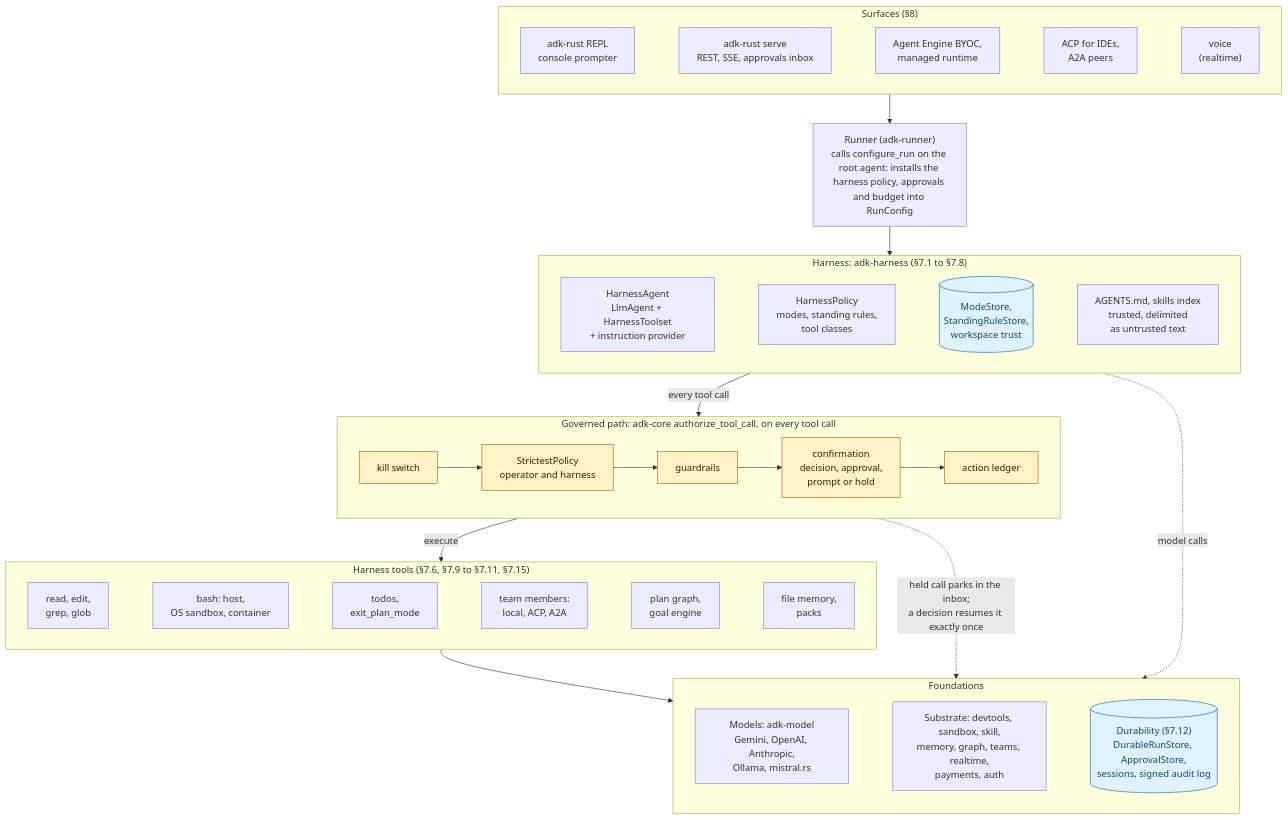
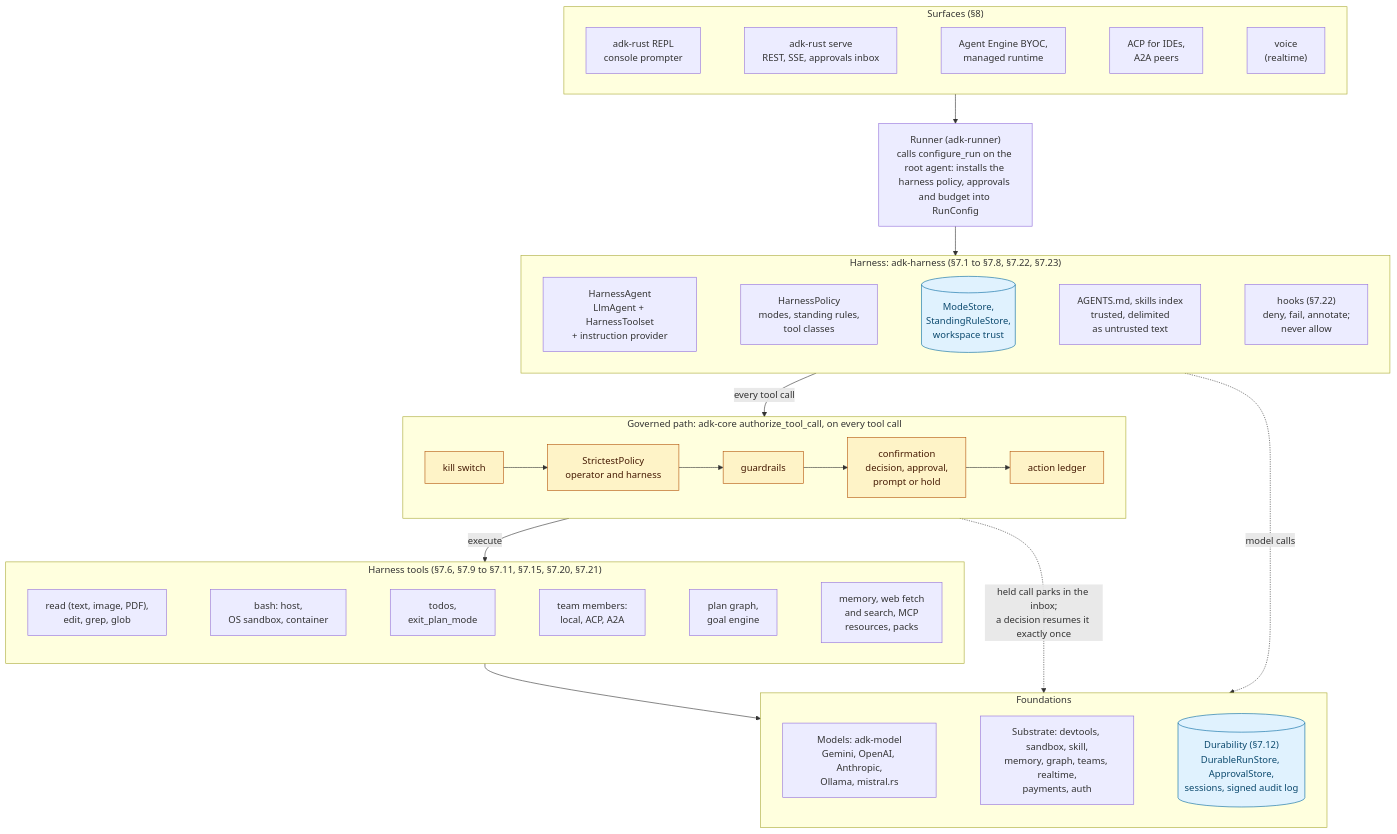
Before and after one commit to dux-web/adk-rust: the diagram in docs/design/spec-3.1-harness-agent.md, drawn with Mermaid. The commit also changed other lines of this file, not shown here.

First line of the commit message:
docs(design): amend spec 3.1 with governed web access, MCP interaction, hooks and model posture (§7.20–§7.23) (#949)

````diff
--- a/docs/design/spec-3.1-harness-agent.md
+++ b/docs/design/spec-3.1-harness-agent.md
@@ -88,42 +90,42 @@
 ```mermaid
 flowchart TB
   subgraph SURF["Surfaces (§8)"]
     direction LR
     S1["adk-rust REPL<br/>console prompter"] ~~~ S2["adk-rust serve<br/>REST, SSE, approvals inbox"] ~~~ S3["Agent Engine BYOC,<br/>managed runtime"] ~~~ S4["ACP for IDEs,<br/>A2A peers"] ~~~ S5["voice<br/>(realtime)"]
   end
 
   RUN["Runner (adk-runner)<br/>calls configure_run on the root agent: installs the harness policy, approvals and budget into RunConfig"]
 
-  subgraph HARN["Harness: adk-harness (§7.1 to §7.8)"]
+  subgraph HARN["Harness: adk-harness (§7.1 to §7.8, §7.22, §7.23)"]
     direction LR
-    H1["HarnessAgent<br/>LlmAgent + HarnessToolset<br/>+ instruction provider"] ~~~ H2["HarnessPolicy<br/>modes, standing rules,<br/>tool classes"] ~~~ H3[("ModeStore,<br/>StandingRuleStore,<br/>workspace trust")] ~~~ H4["AGENTS.md, skills index<br/>trusted, delimited<br/>as untrusted text"]
+    H1["HarnessAgent<br/>LlmAgent + HarnessToolset<br/>+ instruction provider"] ~~~ H2["HarnessPolicy<br/>modes, standing rules,<br/>tool classes"] ~~~ H3[("ModeStore,<br/>StandingRuleStore,<br/>workspace trust")] ~~~ H4["AGENTS.md, skills index<br/>trusted, delimited<br/>as untrusted text"] ~~~ H5["hooks (§7.22)<br/>deny, fail, annotate;<br/>never allow"]
   end
 
   subgraph GOV["Governed path: adk-core authorize_tool_call, on every tool call"]
     direction LR
     G1["kill switch"] --> G2["StrictestPolicy<br/>operator and harness"] --> G3["guardrails"] --> G4["confirmation<br/>decision, approval,<br/>prompt or hold"] --> G5["action ledger"]
   end
 
-  subgraph TOOLS["Harness tools (§7.6, §7.9 to §7.11, §7.15)"]
+  subgraph TOOLS["Harness tools (§7.6, §7.9 to §7.11, §7.15, §7.20, §7.21)"]
     direction LR
-    T1["read, edit,<br/>grep, glob"] ~~~ T2["bash: host,<br/>OS sandbox, container"] ~~~ T3["todos,<br/>exit_plan_mode"] ~~~ T4["team members:<br/>local, ACP, A2A"] ~~~ T5["plan graph,<br/>goal engine"] ~~~ T6["file memory,<br/>packs"]
+    T1["read (text, image, PDF),<br/>edit, grep, glob"] ~~~ T2["bash: host,<br/>OS sandbox, container"] ~~~ T3["todos,<br/>exit_plan_mode"] ~~~ T4["team members:<br/>local, ACP, A2A"] ~~~ T5["plan graph,<br/>goal engine"] ~~~ T6["memory, web fetch<br/>and search, MCP<br/>resources, packs"]
   end
 
   subgraph BASE["Foundations"]
     direction LR
     B1["Models: adk-model<br/>Gemini, OpenAI, Anthropic,<br/>Ollama, mistral.rs"] ~~~ B2["Substrate: devtools, sandbox, skill,<br/>memory, graph, teams, realtime,<br/>payments, auth"] ~~~ B3[("Durability (§7.12)<br/>DurableRunStore, ApprovalStore,<br/>sessions, signed audit log")]
   end
 
   SURF --> RUN
   RUN --> HARN
   HARN -- "every tool call" --> GOV
   GOV -- "execute" --> TOOLS
   TOOLS --> BASE
   HARN -. "model calls" .-> BASE
   GOV -. "held call parks in the inbox;<br/>a decision resumes it exactly once" .-> BASE
 
   classDef store fill:#e0f2fe,stroke:#0369a1,color:#0c4a6e
   classDef gate fill:#fef3c7,stroke:#b45309,color:#451a03
   class H3,B3 store
   class G1,G2,G3,G4,G5 gate
 ```
````
